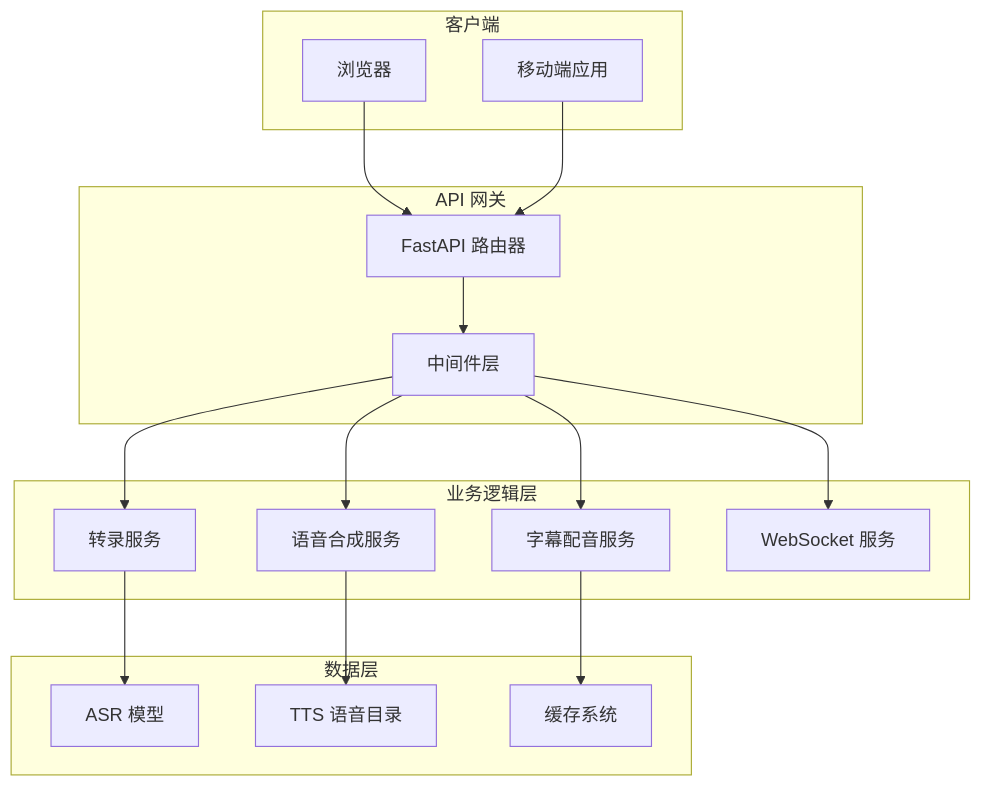
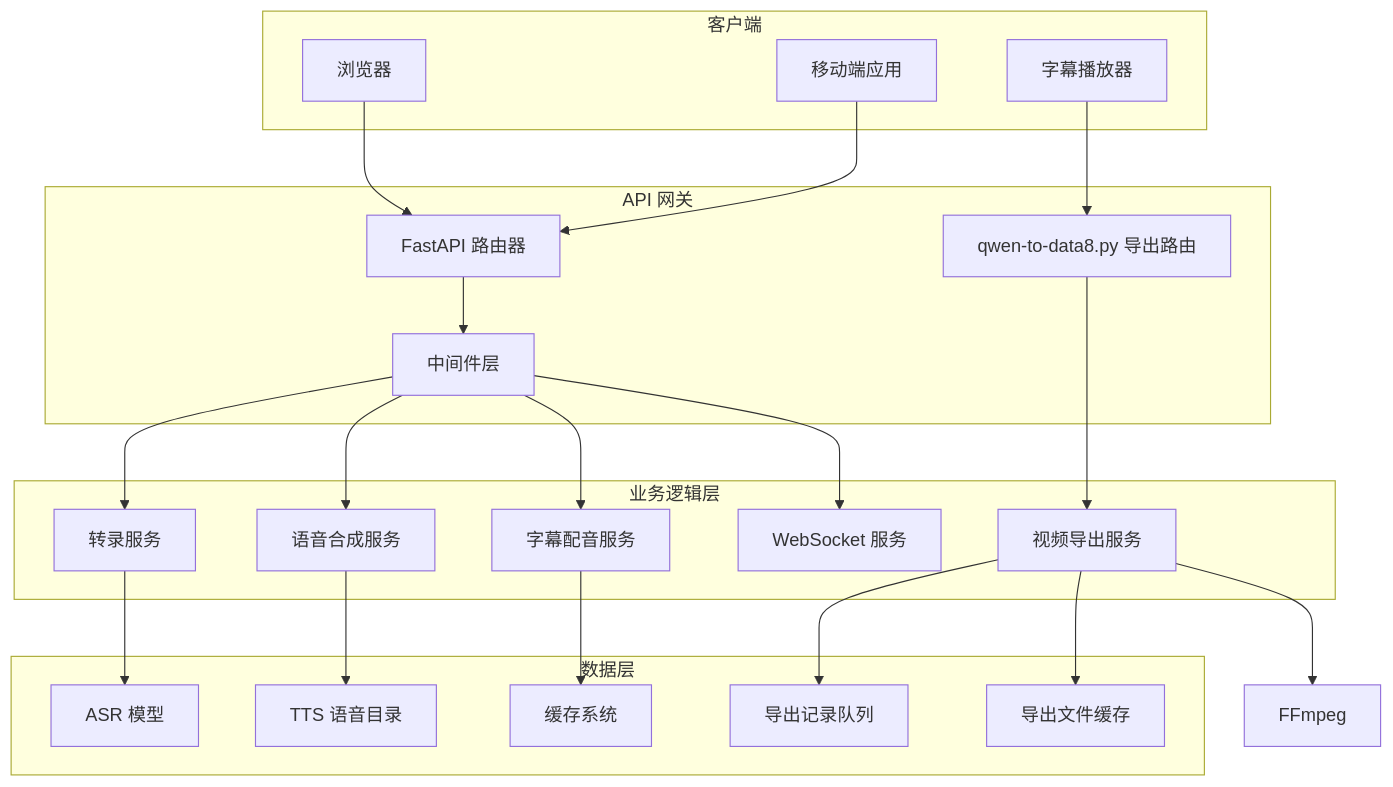
Before and after one commit to 1024dashen/Vue3Speech: the second of 4 diagrams in .qoder/repowiki/zh/content/API接口参考/HTTP RESTful API端点.md, drawn with Mermaid. The commit also changed other lines of this file and 15 other files, not shown here.

````diff
--- a/.qoder/repowiki/zh/content/API接口参考/HTTP RESTful API端点.md
+++ b/.qoder/repowiki/zh/content/API接口参考/HTTP RESTful API端点.md
@@ -91,32 +114,42 @@
 ```mermaid
 graph TB
 subgraph "客户端"
 Browser[浏览器]
 Mobile[移动端应用]
+Player[字幕播放器]
 end
 subgraph "API 网关"
 Router[FastAPI 路由器]
 Middleware[中间件层]
+ExportRouter[qwen-to-data8.py 导出路由]
 end
 subgraph "业务逻辑层"
 Transcribe[转录服务]
 TTS[语音合成服务]
 Voiceover[字幕配音服务]
+Export[视频导出服务]
 WebSocket[WebSocket 服务]
 end
 subgraph "数据层"
 Model[ASR 模型]
 VoiceCatalog[TTS 语音目录]
 Cache[缓存系统]
+ExportRecords[导出记录队列]
+ExportCache[导出文件缓存]
 end
 Browser --> Router
 Mobile --> Router
+Player --> ExportRouter
 Router --> Middleware
 Middleware --> Transcribe
 Middleware --> TTS
 Middleware --> Voiceover
 Middleware --> WebSocket
+ExportRouter --> Export
+Export --> ExportRecords
+Export --> ExportCache
+Export --> FFmpeg
 Transcribe --> Model
 TTS --> VoiceCatalog
 Voiceover --> Cache
 ```
````
